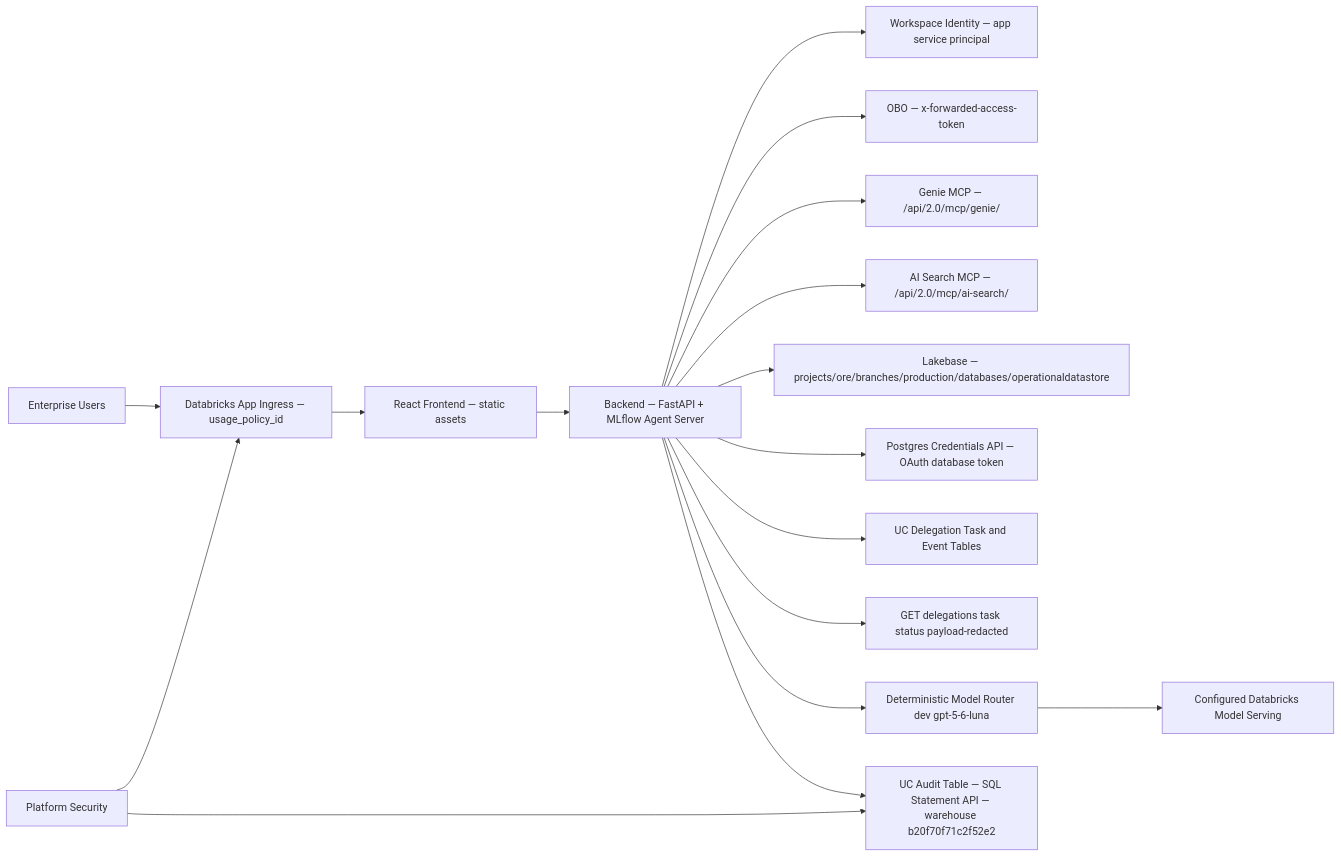
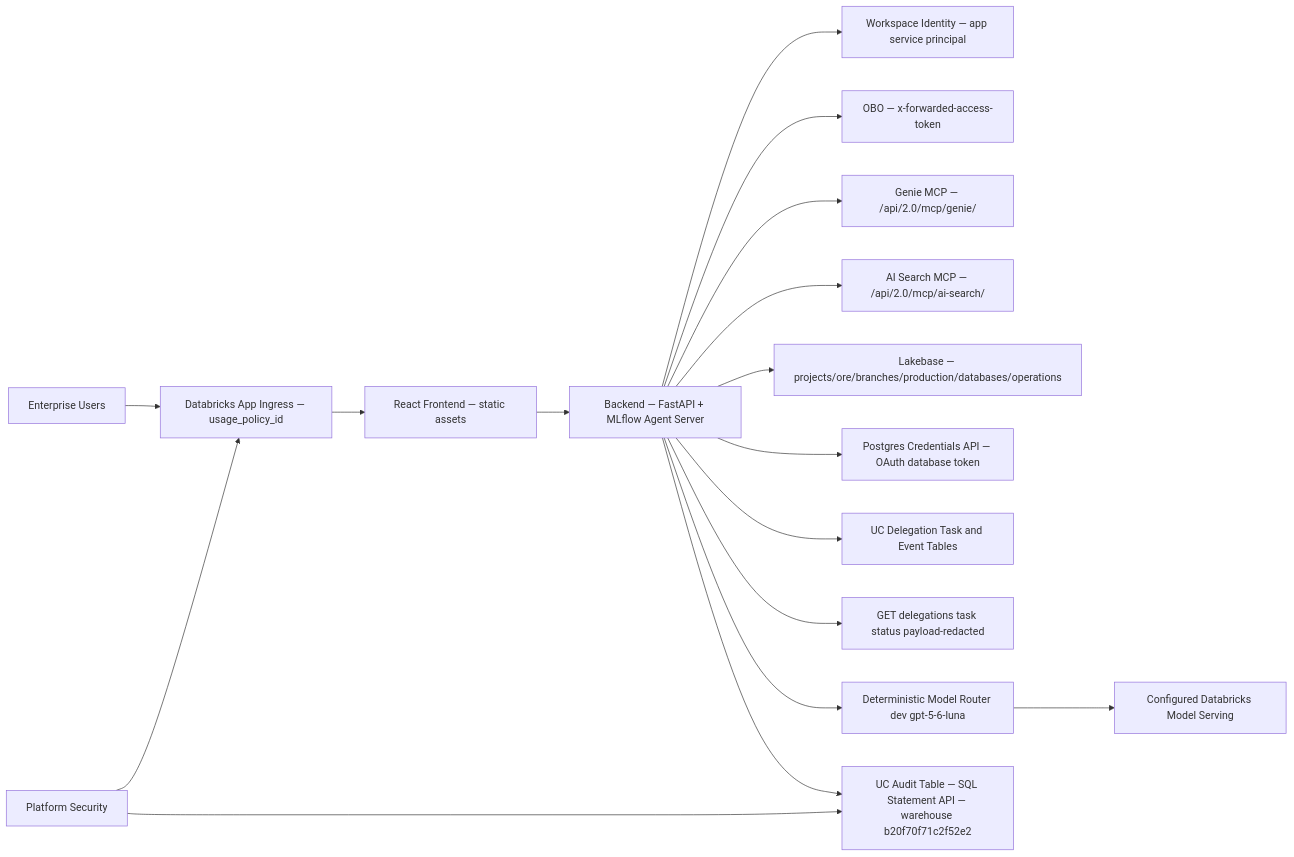
One commit to wchen-dea/Governed-Multi-Agent-Intelligence-on-Databricks changed the first of 5 diagrams in docs/architecture/design-artifacts/06-deployment-detailed.md. Above: the diagram before and after it, drawn with Mermaid. The commit also changed other lines of this file and 106 other files, not shown here.

````diff
--- a/docs/architecture/design-artifacts/06-deployment-detailed.md
+++ b/docs/architecture/design-artifacts/06-deployment-detailed.md
@@ -7,21 +7,21 @@
 ```mermaid
 flowchart LR
     User[Enterprise Users] --> Ingress[Databricks App Ingress — usage_policy_id]
     Ingress --> FE[React Frontend — static assets]
     FE --> BE[Backend — FastAPI + MLflow Agent Server]
 
     BE --> IDP[Workspace Identity — app service principal]
     BE --> OBO[OBO — x-forwarded-access-token]
     BE --> GENIE[Genie MCP — /api/2.0/mcp/genie/]
     BE --> AIS[AI Search MCP — /api/2.0/mcp/ai-search/]
-    BE --> LB[Lakebase — projects/ore/branches/production/databases/operationaldatastore]
+    BE --> LB[Lakebase — projects/ore/branches/production/databases/operations]
     BE --> OAuth[Postgres Credentials API — OAuth database token]
     BE --> TASKS[UC Delegation Task and Event Tables]
     BE --> STATUS[GET delegations task status payload-redacted]
     BE --> MR[Deterministic Model Router dev gpt-5-6-luna]
     MR --> FM[Configured Databricks Model Serving]
     BE --> UC[UC Audit Table — SQL Statement API — warehouse b20f70f71c2f52e2]
 
     SEC[Platform Security] --> Ingress
     SEC --> UC
 ```
````
